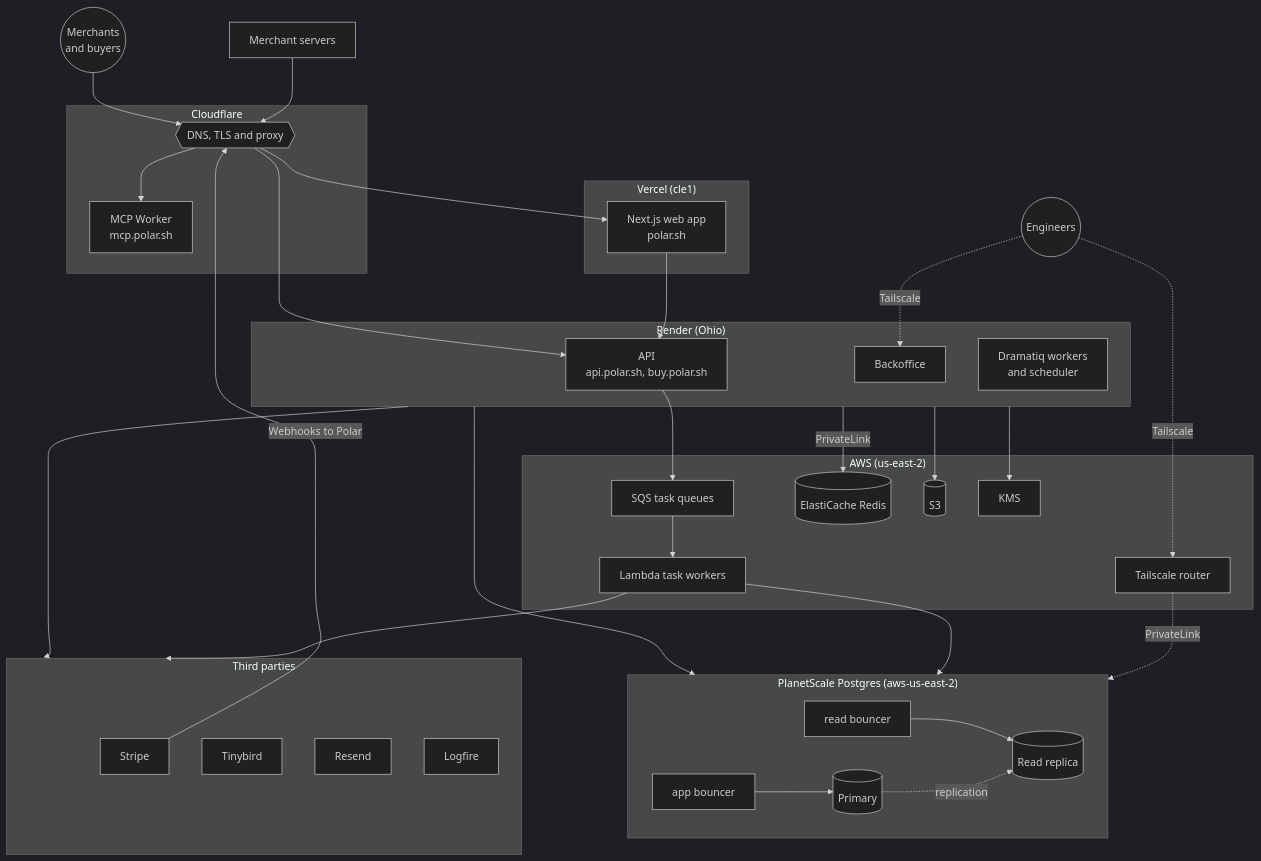
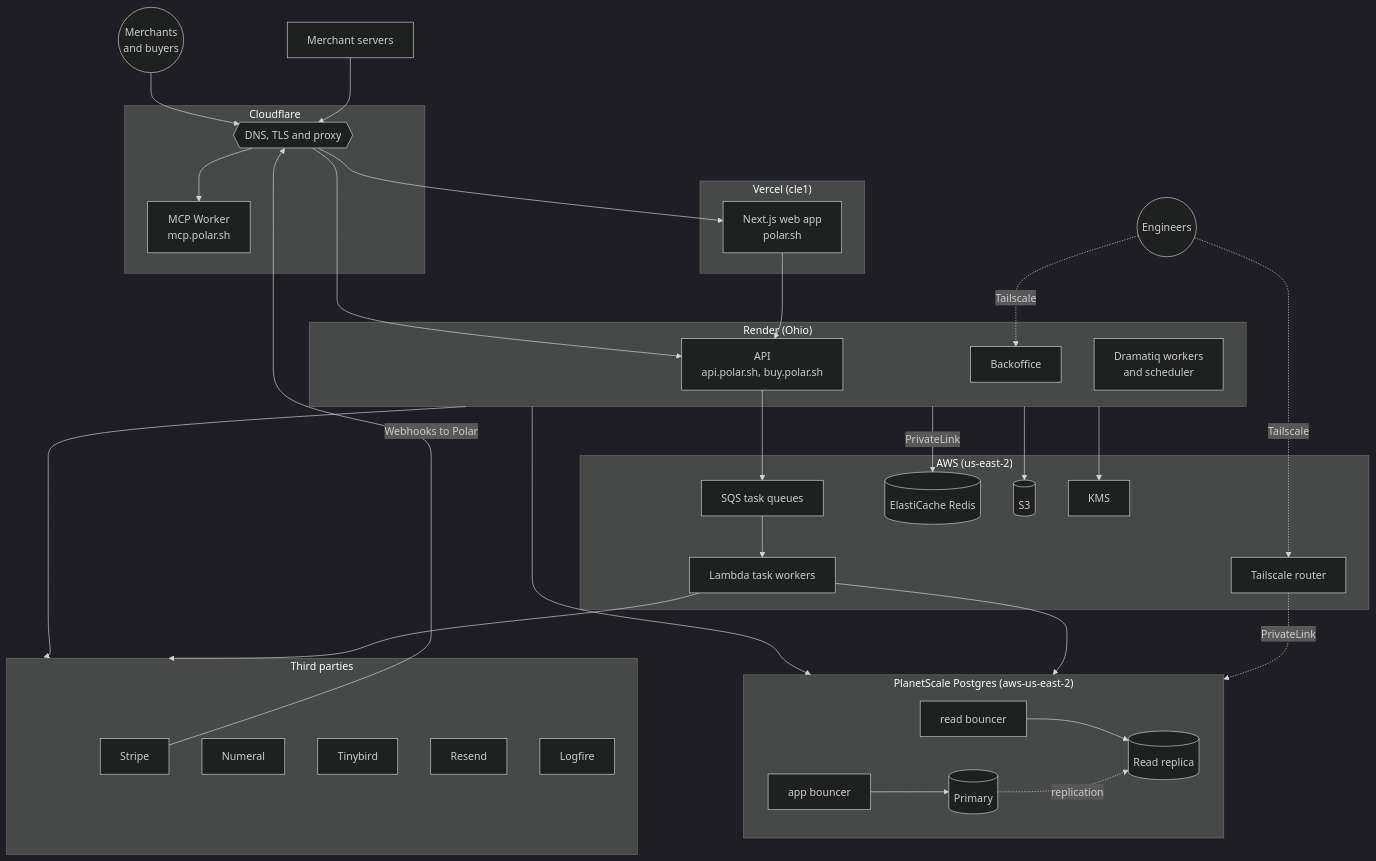
Before and after one commit to polarsource/polar: the diagram in handbook/engineering/architecture-overview.mdx, drawn with Mermaid (dark theme). The commit also changed other lines of this file and 1 other file, not shown here.

Commit message:
docs: Update handbook with Numeral

````diff
--- a/handbook/engineering/architecture-overview.mdx
+++ b/handbook/engineering/architecture-overview.mdx
@@ -12,56 +12,57 @@
 ```mermaid
 flowchart TB
     users(("Merchants<br/>and buyers"))
     ms["Merchant servers"]
     eng(("Engineers"))
 
     subgraph CF["Cloudflare"]
         proxy{{"DNS, TLS and proxy"}}
         mcpw["MCP Worker<br/>mcp.polar.sh"]
     end
 
     subgraph Vercel["Vercel (cle1)"]
         web["Next.js web app<br/>polar.sh"]
     end
 
     subgraph Render["Render (Ohio)"]
         bo["Backoffice"]
         api["API<br/>api.polar.sh, buy.polar.sh"]
         dramatiq["Dramatiq workers<br/>and scheduler"]
     end
 
     subgraph PS["PlanetScale Postgres (aws-us-east-2)"]
         appb["app bouncer"] --> primary[("Primary")]
         readb["read bouncer"] --> replica[("Read replica")]
         primary -. replication .-> replica
     end
 
     subgraph AWS["AWS (us-east-2)"]
         sqs["SQS task queues"] --> lambda["Lambda task workers"]
         redis[("ElastiCache Redis")]
         s3[("S3")]
         kms["KMS"]
         ec2ts["Tailscale router"]
     end
 
     subgraph SaaS["Third parties"]
         stripe["Stripe"]
+        numeral["Numeral"]
         tinybird["Tinybird"]
         resend["Resend"]
         logfire["Logfire"]
     end
 
     users & ms --> proxy
     proxy --> web & api & mcpw
     web --> api
     eng -.->|Tailscale| bo
 
     api --> sqs
     Render & lambda --> PS
     Render -->|PrivateLink| redis
     Render --> s3 & kms
     Render & lambda --> SaaS
     stripe -->|Webhooks to Polar| proxy
 
     eng -.->|Tailscale| ec2ts -.->|PrivateLink| PS
 ```
````
